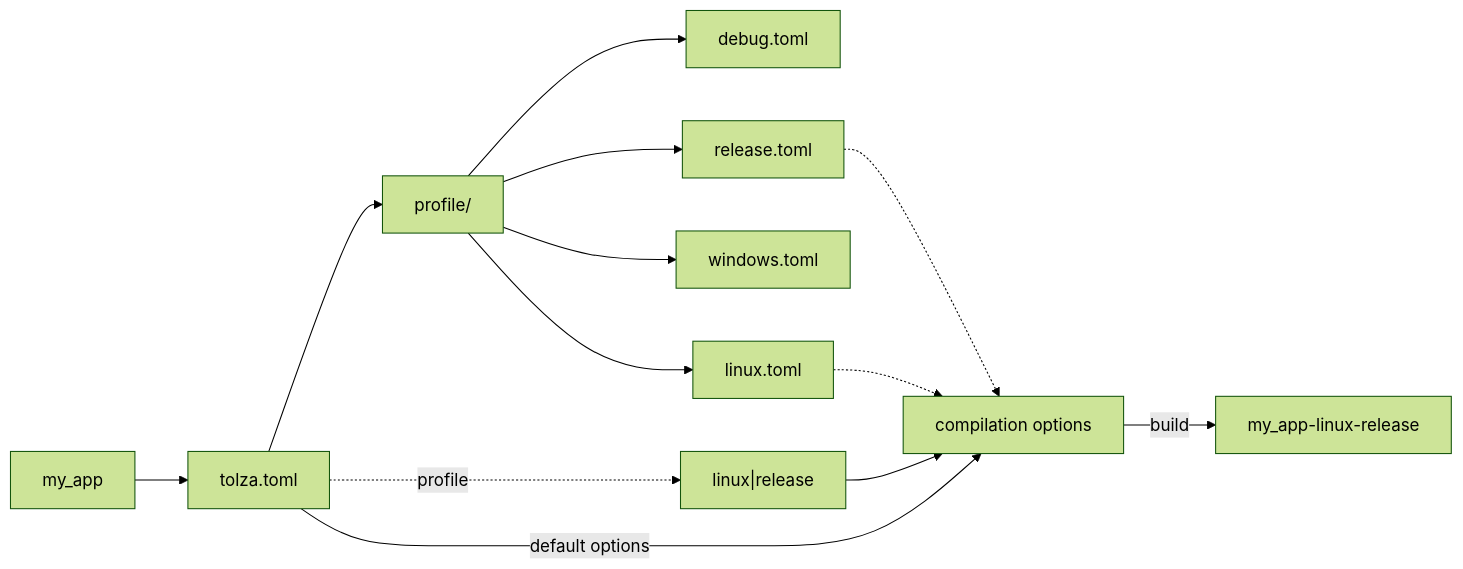
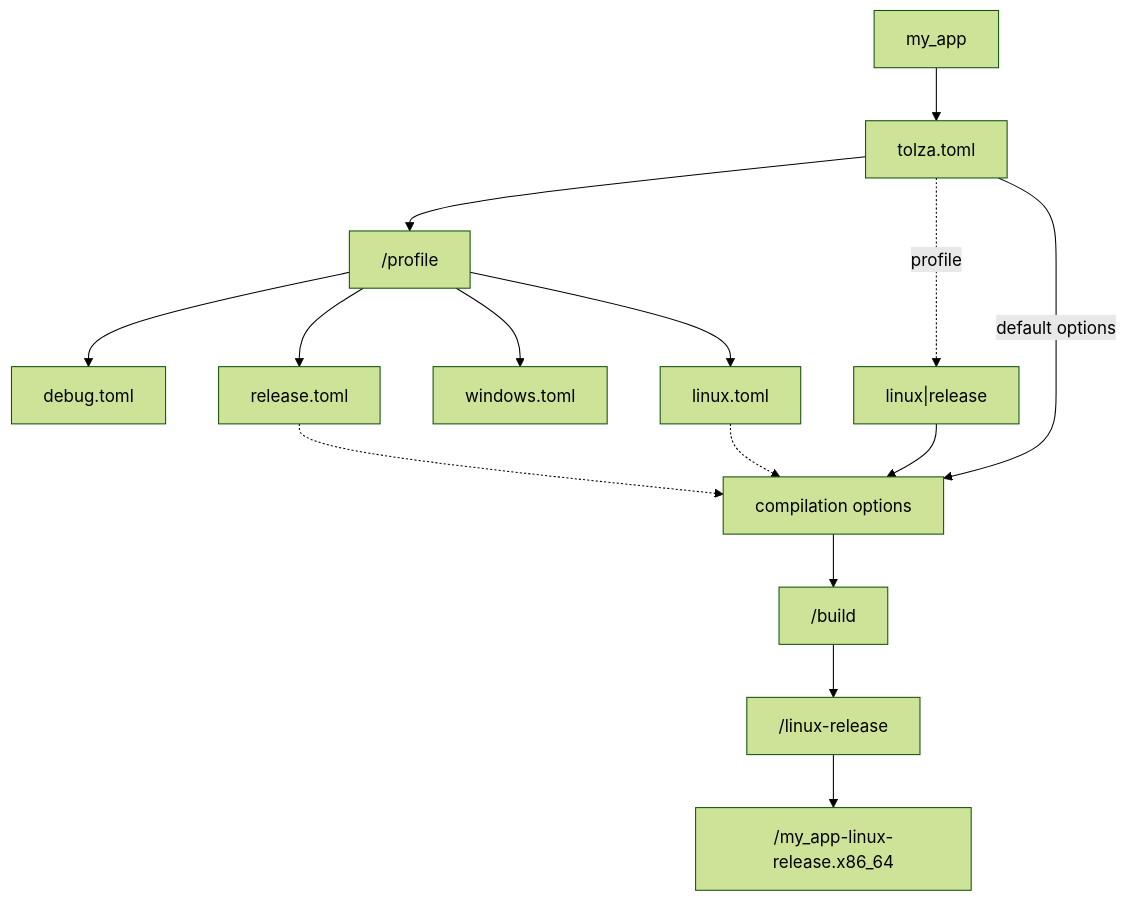
The diagram in docs/wiki/compiler/profile.md (TheProgrammare/Tolza), drawn with Mermaid (forest theme) before and after one commit.

````diff
--- a/docs/wiki/compiler/profile.md
+++ b/docs/wiki/compiler/profile.md
@@ -19,17 +19,19 @@
 ```mermaid
-flowchart LR
+flowchart TD
   AA[my_app] --> A[tolza.toml]
-  A --> B[profile/]
+  A --> B["/profile"]
   B --> C[debug.toml]
   B --> C1[release.toml]
   B --> C2[windows.toml]
   B --> C3[linux.toml]
 
   A -. profile .-> D["linux|release"]
   D --> E[compilation options]
   A -- default options --> E
   C1 .-> E
   C3 .-> E
 
-  E -- build --> F["my_app-linux-release"]
+  E --> F["/build"]
+  F --> G["/linux-release"]
+  G --> H["/my_app-linux-release.x86_64"]
 ```
````
